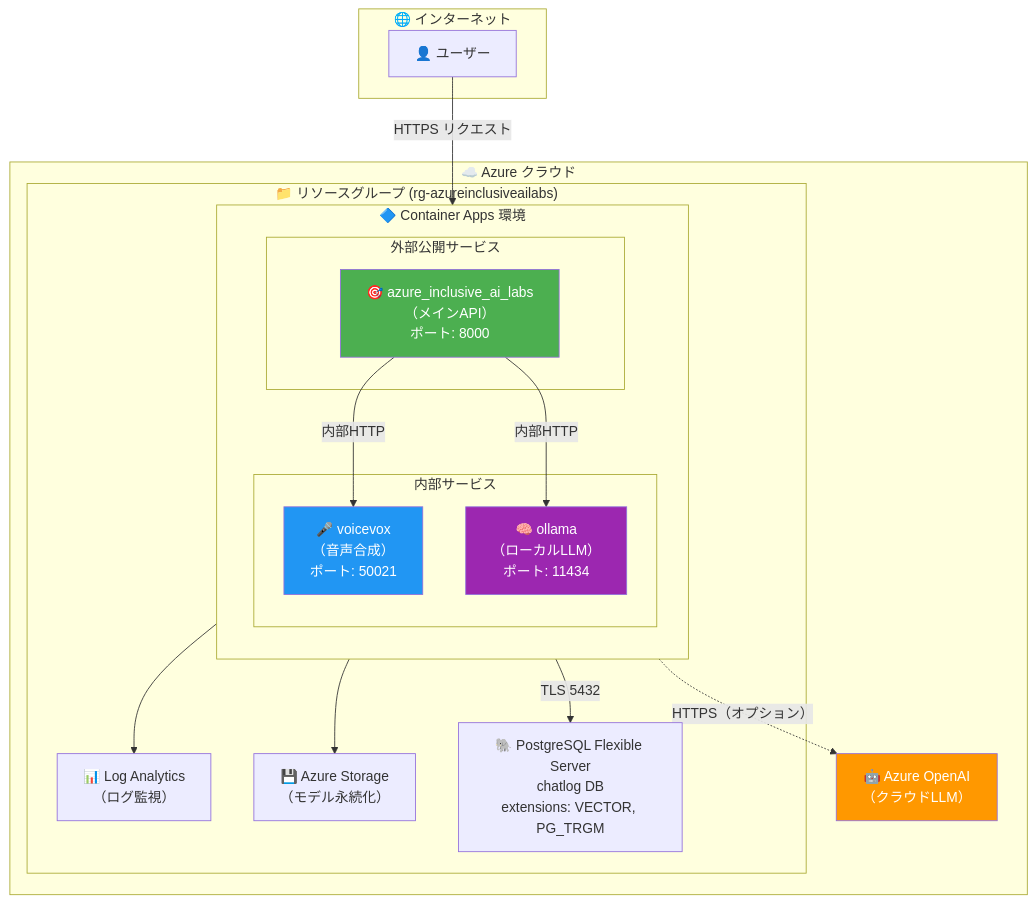
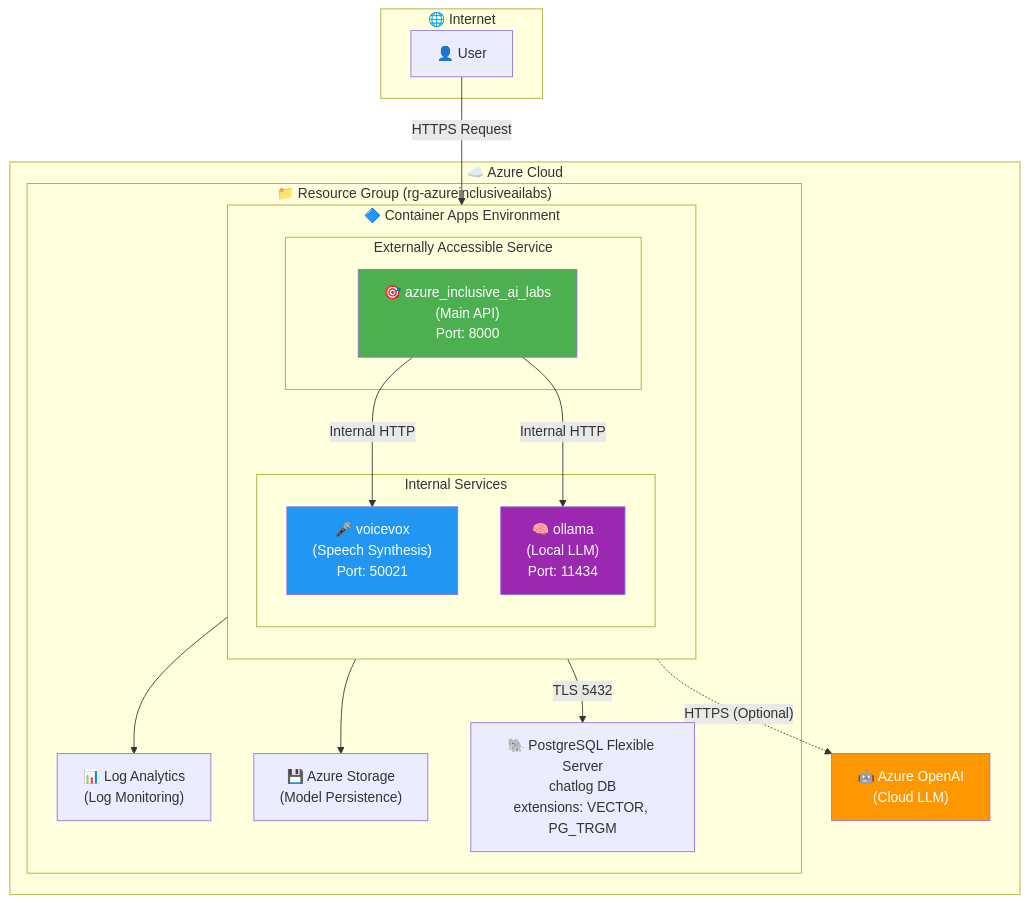
The first of 12 diagrams in infra/scenarios/azure_inclusive_ai_labs/README.md (ks6088ts/template-terraform), drawn with Mermaid before and after one commit. The commit also changed other lines of this file and 28 other files, not shown here.

````diff
--- a/infra/scenarios/azure_inclusive_ai_labs/README.md
+++ b/infra/scenarios/azure_inclusive_ai_labs/README.md
@@ -30,42 +30,42 @@
 ```mermaid
 flowchart TB
-    subgraph Internet["🌐 インターネット"]
-        User["👤 ユーザー"]
+    subgraph Internet["🌐 Internet"]
+        User["👤 User"]
     end
 
-    subgraph Azure["☁️ Azure クラウド"]
-        subgraph RG["📁 リソースグループ (rg-azureinclusiveailabs)"]
-            subgraph CAE["🔷 Container Apps 環境"]
+    subgraph Azure["☁️ Azure Cloud"]
+        subgraph RG["📁 Resource Group (rg-azureinclusiveailabs)"]
+            subgraph CAE["🔷 Container Apps Environment"]
                 direction TB
 
-                subgraph External["外部公開サービス"]
-                    IAL["🎯 azure_inclusive_ai_labs<br/>（メインAPI）<br/>ポート: 8000"]
+                subgraph External["Externally Accessible Service"]
+                    IAL["🎯 azure_inclusive_ai_labs<br/>(Main API)<br/>Port: 8000"]
                 end
 
-                subgraph Internal["内部サービス"]
-                    VV["🎤 voicevox<br/>（音声合成）<br/>ポート: 50021"]
-                    OL["🧠 ollama<br/>（ローカルLLM）<br/>ポート: 11434"]
+                subgraph Internal["Internal Services"]
+                    VV["🎤 voicevox<br/>(Speech Synthesis)<br/>Port: 50021"]
+                    OL["🧠 ollama<br/>(Local LLM)<br/>Port: 11434"]
                 end
             end
 
-            LAW["📊 Log Analytics<br/>（ログ監視）"]
-            Storage["💾 Azure Storage<br/>（モデル永続化）"]
+            LAW["📊 Log Analytics<br/>(Log Monitoring)"]
+            Storage["💾 Azure Storage<br/>(Model Persistence)"]
             PostgreSQL["🐘 PostgreSQL Flexible Server<br/>chatlog DB<br/>extensions: VECTOR, PG_TRGM"]
         end
 
-        AOAI["🤖 Azure OpenAI<br/>（クラウドLLM）"]
+        AOAI["🤖 Azure OpenAI<br/>(Cloud LLM)"]
     end
 
-    User -->|"HTTPS リクエスト"| IAL
-    IAL -->|"内部HTTP"| VV
-    IAL -->|"内部HTTP"| OL
+    User -->|"HTTPS Request"| IAL
+    IAL -->|"Internal HTTP"| VV
+    IAL -->|"Internal HTTP"| OL
     IAL -->|"TLS 5432"| PostgreSQL
-    IAL -.->|"HTTPS（オプション）"| AOAI
+    IAL -.->|"HTTPS (Optional)"| AOAI
     CAE --> LAW
     OL --> Storage
 
     style IAL fill:#4CAF50,color:#fff
     style VV fill:#2196F3,color:#fff
     style OL fill:#9C27B0,color:#fff
     style AOAI fill:#FF9800,color:#fff
 ```
````
